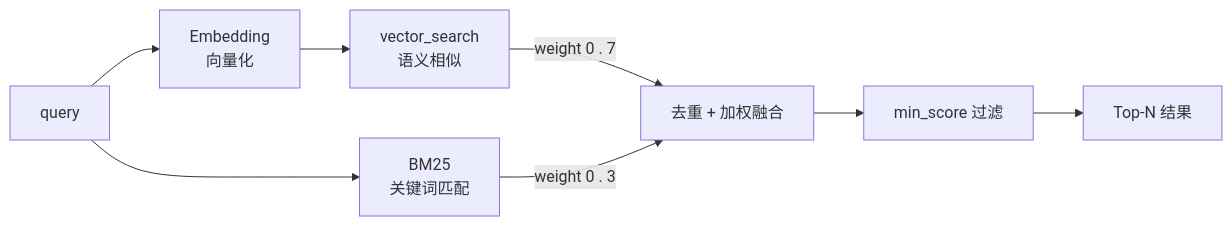
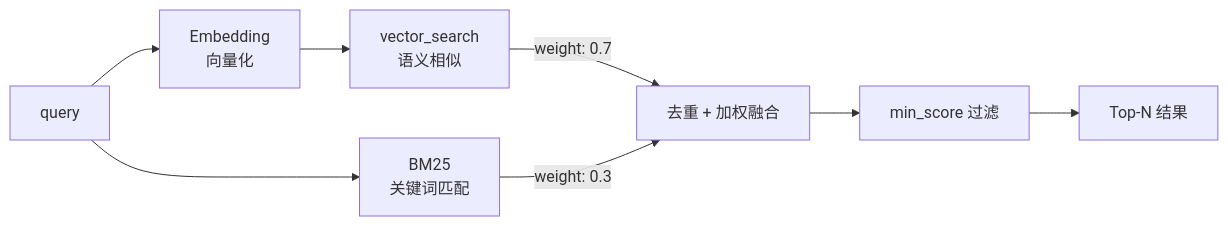
One commit to agentscope-ai/ReMe changed the sixth of 9 diagrams in README_ZH.md. Above: the diagram before and after it, drawn with Mermaid. The commit also changed other lines of this file and 1 other file, not shown here.

Commit message:
docs(readme): update documentation with improved architecture diagrams and component details

````diff
--- a/README_ZH.md
+++ b/README_ZH.md
@@ -283,10 +284,10 @@
 ```mermaid
 graph LR
     Q[query] --> E[Embedding<br>向量化]
     E --> V[vector_search<br>语义相似]
     Q --> B[BM25<br>关键词匹配]
-    V -->|weight 0 . 7| M[去重 + 加权融合]
-    B -->|weight 0 . 3| M
+    V -->|" weight: 0.7 "| M[去重 + 加权融合]
+    B -->|" weight: 0.3 "| M
     M --> F[min_score 过滤]
     F --> R[Top-N 结果]
 ```
````
